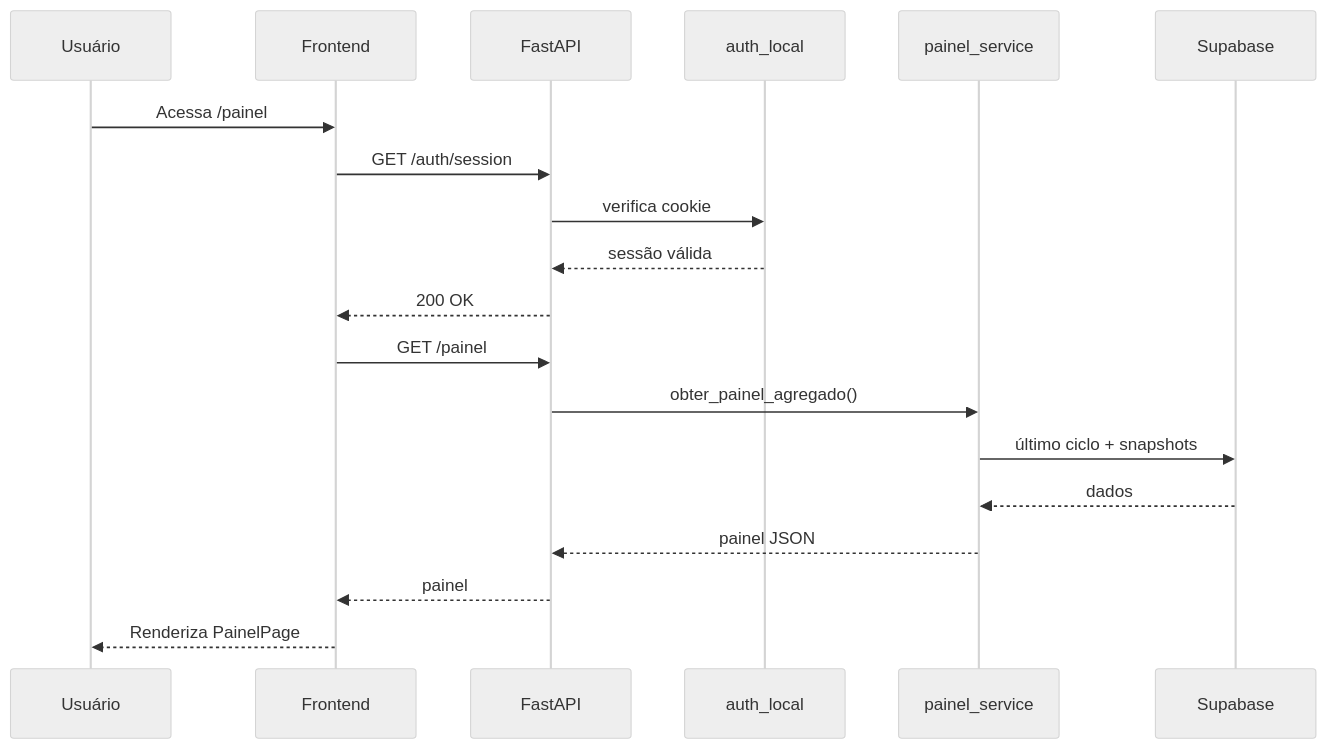
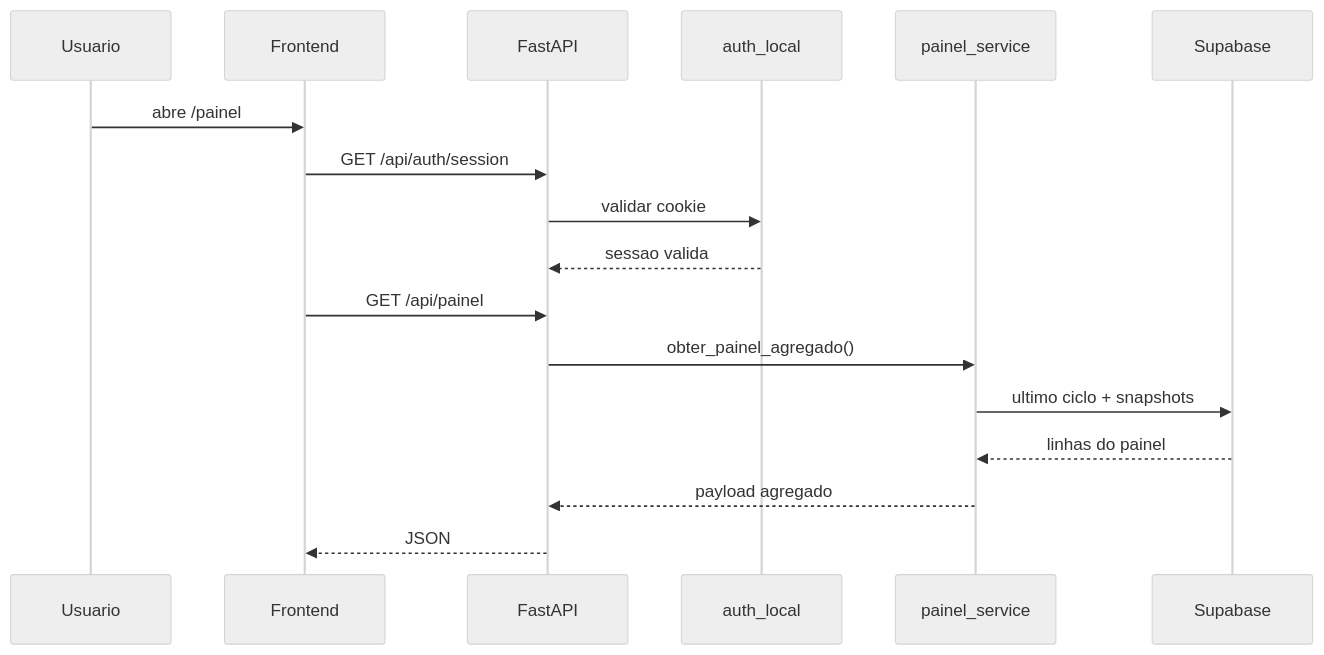
The second of 4 diagrams in docs/arquitetura/02-fluxo-dados.md (Ivaanildo/monitoramento-dinamico), drawn with Mermaid (neutral theme) before and after one commit. The commit also changed other lines of this file and 12 other files, not shown here.

````diff
--- a/docs/arquitetura/02-fluxo-dados.md
+++ b/docs/arquitetura/02-fluxo-dados.md
@@ -37,22 +34,20 @@
 ```mermaid
 sequenceDiagram
-    participant U as Usuário
+    participant U as Usuario
     participant SPA as Frontend
     participant API as FastAPI
     participant Auth as auth_local
     participant Painel as painel_service
     participant DB as Supabase
 
-    U->>SPA: Acessa /painel
-    SPA->>API: GET /auth/session
-    API->>Auth: verifica cookie
-    Auth-->>API: sessão válida
-    API-->>SPA: 200 OK
-    SPA->>API: GET /painel
+    U->>SPA: abre /painel
+    SPA->>API: GET /api/auth/session
+    API->>Auth: validar cookie
+    Auth-->>API: sessao valida
+    SPA->>API: GET /api/painel
     API->>Painel: obter_painel_agregado()
-    Painel->>DB: último ciclo + snapshots
-    DB-->>Painel: dados
-    Painel-->>API: painel JSON
-    API-->>SPA: painel
-    SPA-->>U: Renderiza PainelPage
+    Painel->>DB: ultimo ciclo + snapshots
+    DB-->>Painel: linhas do painel
+    Painel-->>API: payload agregado
+    API-->>SPA: JSON
 ```
````
